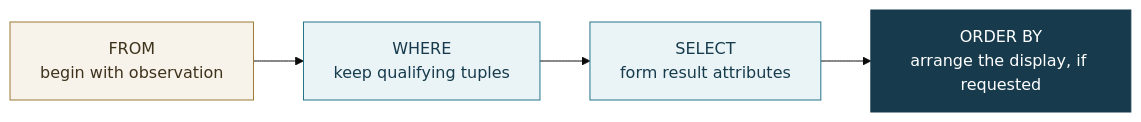
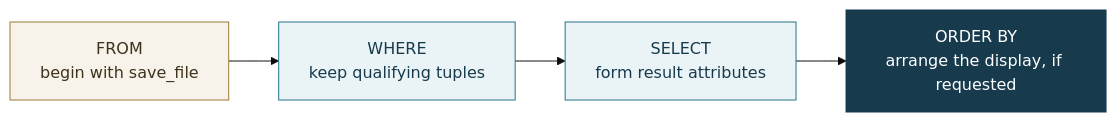
Before and after one commit to JacobDowns/CSCI340: the first of 3 diagrams in lectures/week-03-asking-questions-with-sql.qmd, drawn with Mermaid (base theme). The commit also changed other lines of this file and 8 other files, not shown here.

````diff
--- a/lectures/week-03-asking-questions-with-sql.qmd
+++ b/lectures/week-03-asking-questions-with-sql.qmd
@@ -70,13 +129,13 @@
 ```{mermaid}
 flowchart LR
-    A["FROM<br/>begin with observation"] --> B["WHERE<br/>keep qualifying tuples"]
+    A["FROM<br/>begin with save_file"] --> B["WHERE<br/>keep qualifying tuples"]
     B --> C["SELECT<br/>form result attributes"]
     C --> D["ORDER BY<br/>arrange the display, if requested"]
 
     classDef input fill:#f7f3ea,stroke:#9b7b36,color:#3f321c;
     classDef operation fill:#eaf4f7,stroke:#247487,color:#173b4d;
     classDef display fill:#173b4d,stroke:#173b4d,color:#ffffff;
     class A input;
     class B,C operation;
     class D display;
 ```
````
